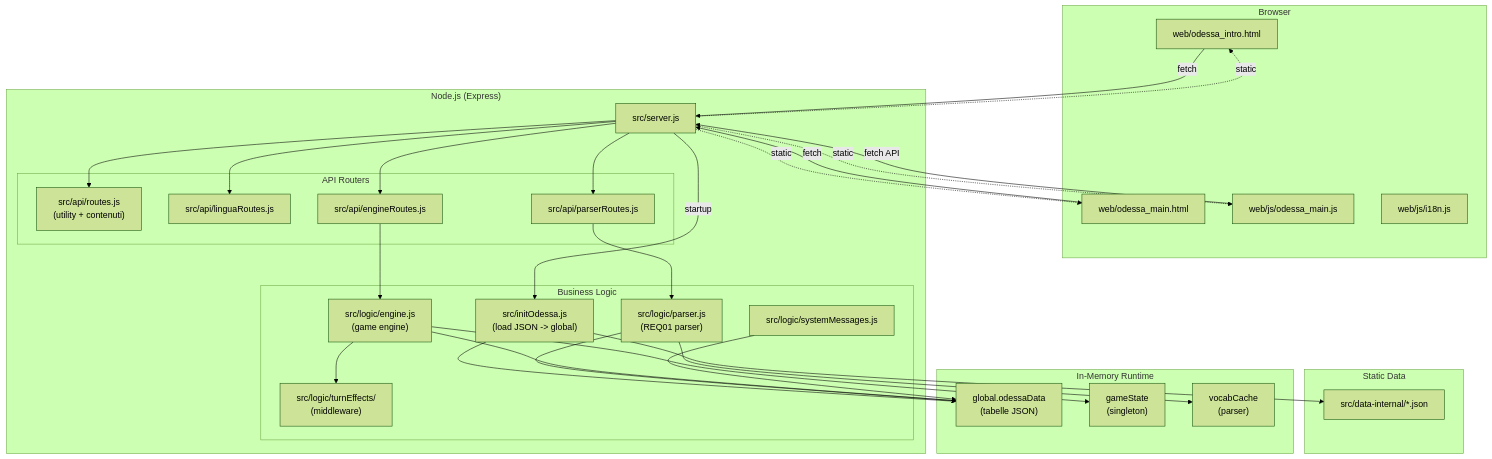
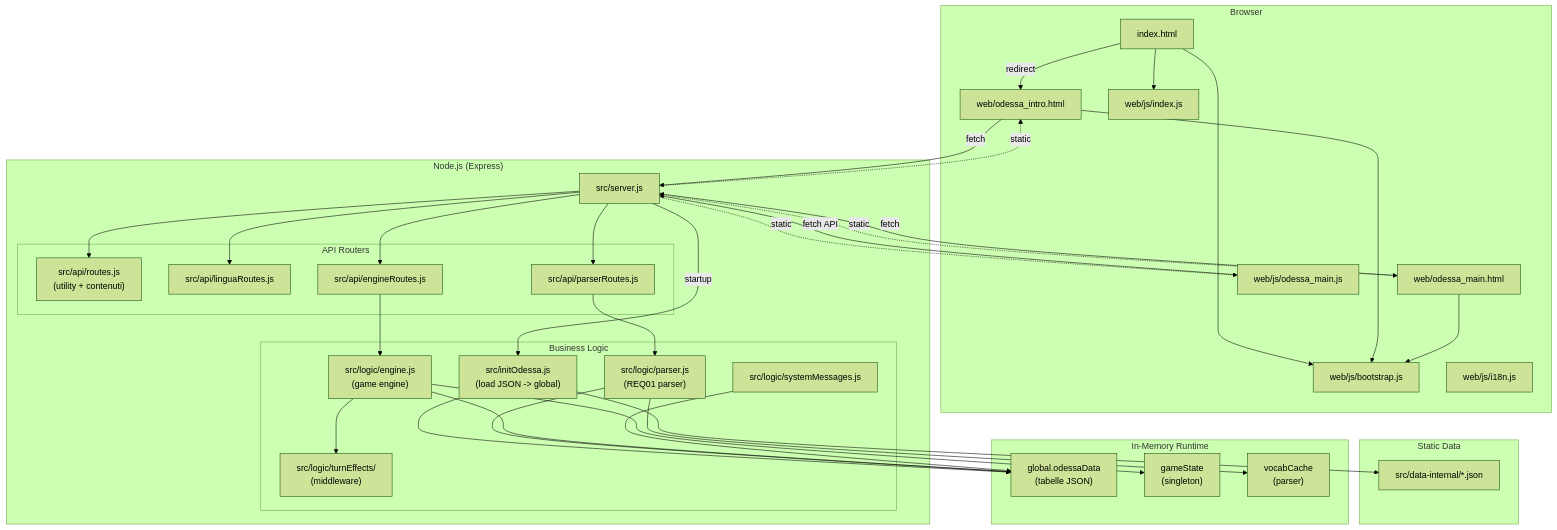
Before and after one commit to Aqualung61/MissioneOdessa: the first of 8 diagrams in docs/20260108_architettura_applicativa_01.md, drawn with Mermaid (forest theme). The commit also changed other lines of this file and 2 other files, not shown here.

Commit message:
docs: allinea CSP e architettura a refactor frontend

````diff
--- a/docs/20260108_architettura_applicativa_01.md
+++ b/docs/20260108_architettura_applicativa_01.md
@@ -17,65 +17,73 @@
 ```mermaid
 graph TB
   subgraph Client["Browser"]
+    Index["index.html"]
     Intro["web/odessa_intro.html"]
     Main["web/odessa_main.html"]
+    Boot["web/js/bootstrap.js"]
+    IndexJS["web/js/index.js"]
     JS["web/js/odessa_main.js"]
     I18N["web/js/i18n.js"]
   end
 
   subgraph Server["Node.js (Express)"]
     Srv["src/server.js"]
 
     subgraph Routers["API Routers"]
       R1["src/api/routes.js<br/>(utility + contenuti)"]
       R2["src/api/linguaRoutes.js"]
       R3["src/api/parserRoutes.js"]
       R4["src/api/engineRoutes.js"]
     end
 
     subgraph Logic["Business Logic"]
       Init["src/initOdessa.js<br/>(load JSON -> global)"]
       Parser["src/logic/parser.js<br/>(REQ01 parser)"]
       Engine["src/logic/engine.js<br/>(game engine)"]
       Turn["src/logic/turnEffects/<br/>(middleware)"]
       SysMsg["src/logic/systemMessages.js"]
     end
   end
 
   subgraph Data["Static Data"]
     JSON["src/data-internal/*.json"]
   end
 
   subgraph Memory["In-Memory Runtime"]
     Global["global.odessaData<br/>(tabelle JSON)"]
     GS["gameState<br/>(singleton)"]
     Cache["vocabCache<br/>(parser)"]
   end
 
+  Index -->|redirect| Intro
+  Index --> Boot
+  Index --> IndexJS
+  Intro --> Boot
+  Main --> Boot
   Intro -->|fetch| Srv
   Main -->|fetch| Srv
   JS -->|fetch API| Srv
 
   Srv --> R1
   Srv --> R2
   Srv --> R3
   Srv --> R4
 
   Srv -->|startup| Init
   Init --> JSON
   Init --> Global
 
   R3 --> Parser
   Parser --> Global
   Parser --> Cache
 
   R4 --> Engine
   Engine --> GS
   Engine --> Global
   Engine --> Turn
   SysMsg --> Global
 
   Srv -.->|static| Intro
   Srv -.->|static| Main
   Srv -.->|static| JS
 ```
````
